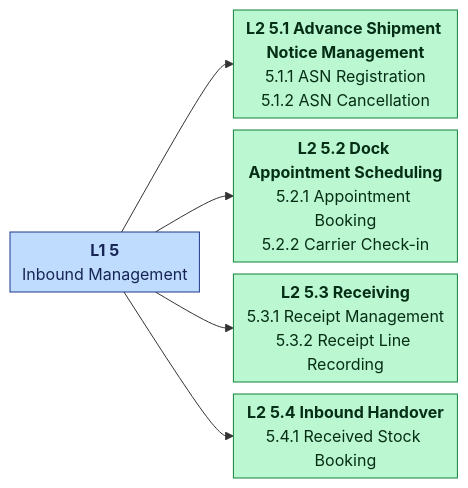
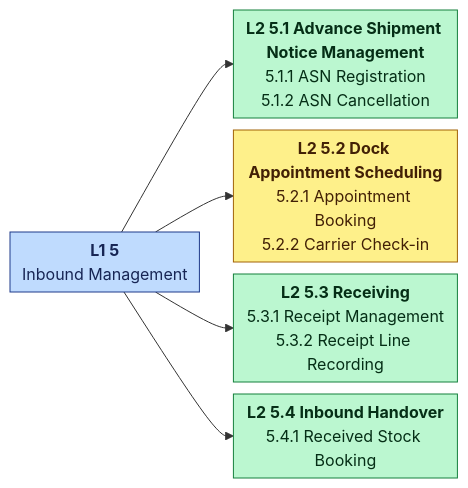
Before and after one commit to IQVO/warehouse-docs: the sixth of 15 diagrams in docs/business-capability-architecture/capability-map.md, drawn with Mermaid. The commit also changed other lines of this file and 24 other files, not shown here.

````diff
--- a/docs/business-capability-architecture/capability-map.md
+++ b/docs/business-capability-architecture/capability-map.md
@@ -270,29 +270,29 @@
 ```mermaid
 %%{init: {"flowchart": {"nodeSpacing": 12, "rankSpacing": 34, "padding": 6}}}%%
 flowchart LR
     L1["<b>L1 5</b><br/>Inbound Management"]
     N5_1["<b>L2 5.1 Advance Shipment Notice Management</b><br/>5.1.1 ASN Registration<br/>5.1.2 ASN Cancellation"]
     L1 --> N5_1
     class N5_1 impl
     N5_2["<b>L2 5.2 Dock Appointment Scheduling</b><br/>5.2.1 Appointment Booking<br/>5.2.2 Carrier Check-in"]
     L1 --> N5_2
-    class N5_2 impl
+    class N5_2 partial
     N5_3["<b>L2 5.3 Receiving</b><br/>5.3.1 Receipt Management<br/>5.3.2 Receipt Line Recording"]
     L1 --> N5_3
     class N5_3 impl
     N5_4["<b>L2 5.4 Inbound Handover</b><br/>5.4.1 Received Stock Booking"]
     L1 --> N5_4
     class N5_4 impl
     class L1 core
     classDef strategic fill:#fde68a,stroke:#92400e,color:#451a03
     classDef core fill:#bfdbfe,stroke:#1e3a8a,color:#172554
     classDef supporting fill:#ccfbf1,stroke:#0f766e,color:#042f2e
     classDef impl fill:#bbf7d0,stroke:#15803d,color:#052e16
     classDef partial fill:#fef08a,stroke:#a16207,color:#422006
     classDef gap fill:#fae8ff,stroke:#86198f,color:#4a044e,stroke-dasharray: 4 3
     classDef dddcore fill:#1e3a8a,stroke:#172554,color:#ffffff
     classDef dddsupporting fill:#0f766e,stroke:#042f2e,color:#ffffff
     classDef dddgeneric fill:#475569,stroke:#1e293b,color:#ffffff
     classDef dddmixed fill:#e2e8f0,stroke:#475569,color:#0f172a
     classDef stage fill:#f1f5f9,stroke:#334155,color:#0f172a
 ```
````
